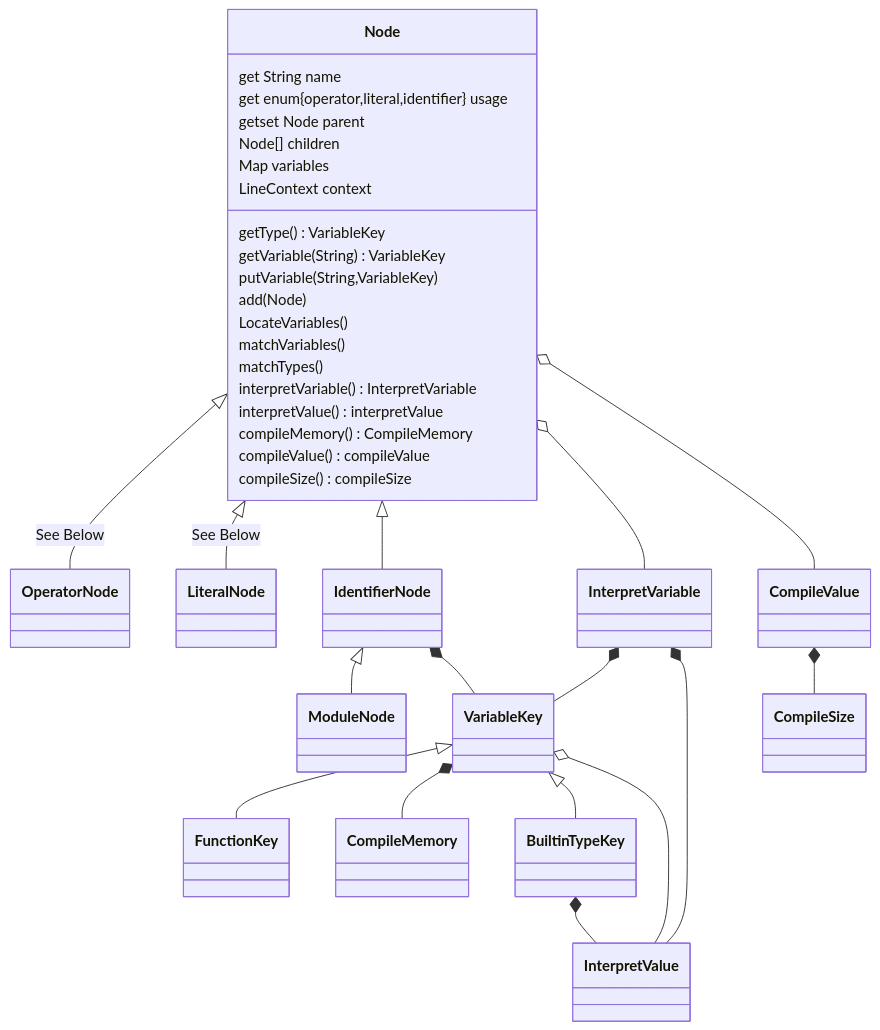
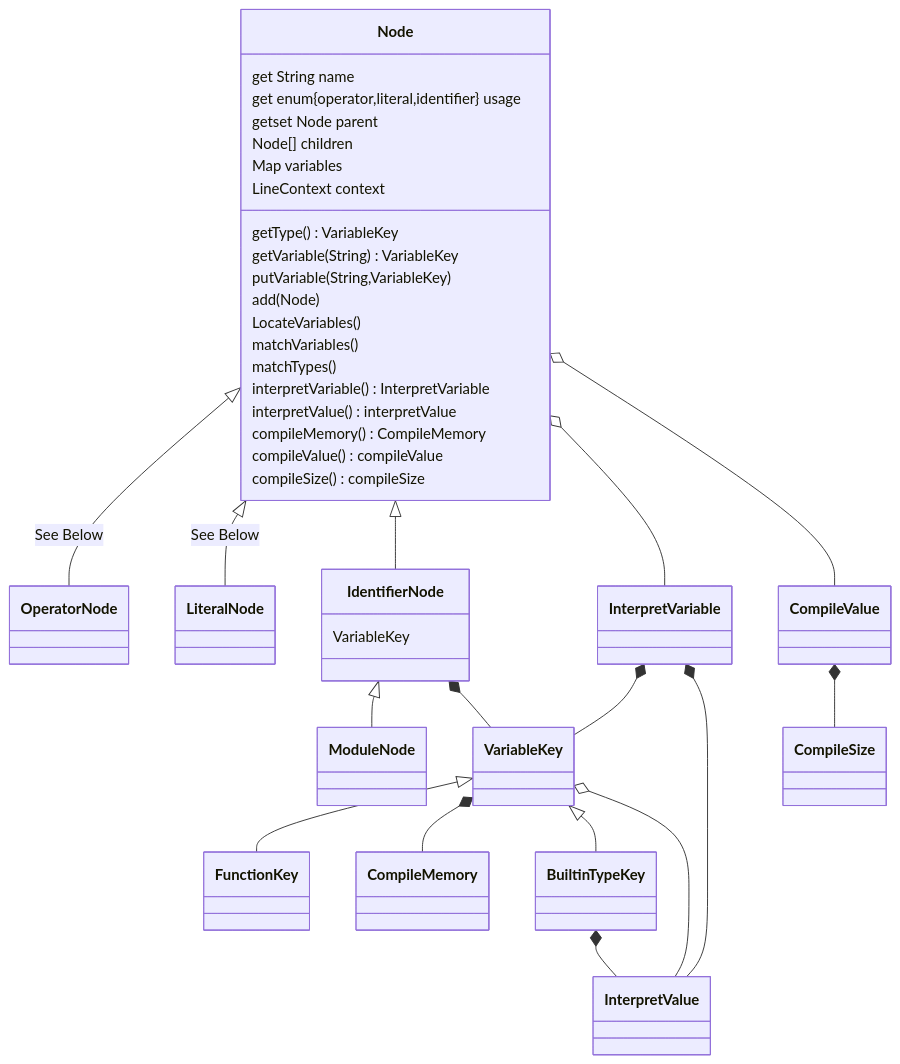
One commit to Jzhyang1/Monomer changed the first of 4 diagrams in README.md. Above: the diagram before and after it, drawn with Mermaid. The commit also changed other lines of this file, not shown here.

````diff
--- a/README.md
+++ b/README.md
@@ -239,37 +239,39 @@
 ```mermaid
 classDiagram
 Node <|-- OperatorNode: See Below
 Node <|-- LiteralNode: See Below
 Node <|-- IdentifierNode
 Node o-- InterpretVariable
 IdentifierNode <|-- ModuleNode
 IdentifierNode *-- VariableKey
 VariableKey <|-- FunctionKey
 VariableKey *-- CompileMemory
 VariableKey <|-- BuiltinTypeKey
 BuiltinTypeKey *-- InterpretValue
 VariableKey o-- InterpretValue
 InterpretVariable *-- VariableKey
 CompileValue *-- CompileSize
 Node o-- CompileValue
 InterpretVariable *-- InterpretValue
 
 Node: get String name
 Node: get enum{operator,literal,identifier} usage
 Node: getset Node parent
 Node: Node[] children
 Node: Map<String, VariableKey> variables
 Node: LineContext context
 Node: getType() VariableKey
 Node: getVariable(String) VariableKey
 Node: putVariable(String,VariableKey)
 Node: add(Node)
 Node: LocateVariables()
 Node: matchVariables()
 Node: matchTypes()
 Node: interpretVariable() InterpretVariable
 Node: interpretValue() interpretValue
 Node: compileMemory() CompileMemory
 Node: compileValue() compileValue
 Node: compileSize() compileSize
+
+IdentifierNode: VariableKey 
 ```
````
